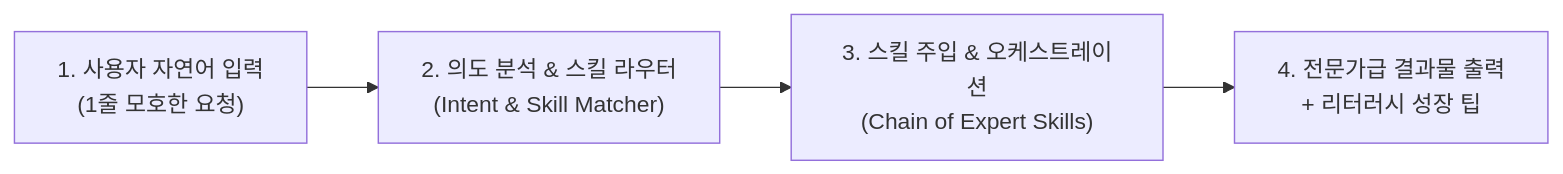
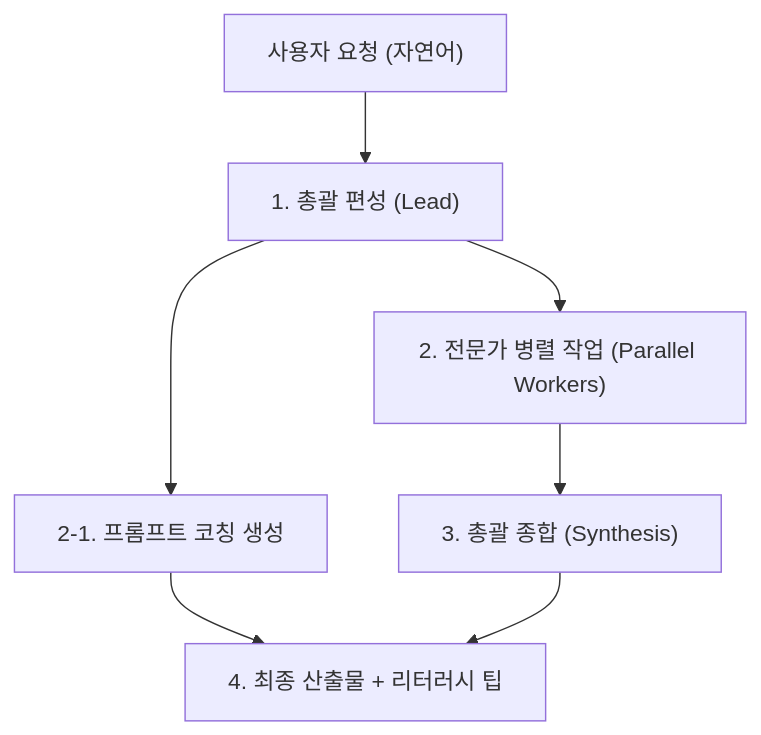
The diagram in docs/README.md (2Jaegon/SIDE_PJ), drawn with Mermaid before and after one commit. The commit also changed other lines of this file and 7 other files, not shown here.

First line of the commit message:
test(backend): Add pytest suite and refresh docs to the current architecture

````diff
--- a/docs/README.md
+++ b/docs/README.md
@@ -17,6 +11,9 @@
 ```mermaid
-flowchart LR
-    A["1. 사용자 자연어 입력\n(1줄 모호한 요청)"] --> B["2. 의도 분석 & 스킬 라우터\n(Intent & Skill Matcher)"]
-    B --> C["3. 스킬 주입 & 오케스트레이션\n(Chain of Expert Skills)"]
-    C --> D["4. 전문가급 결과물 출력\n+ 리터러시 성장 팁"]
+flowchart TD
+    User["사용자 요청 (자연어)"] --> Lead["1. 총괄 편성 (Lead)"]
+    Lead --> Parallel["2. 전문가 병렬 작업 (Parallel Workers)"]
+    Lead --> Coach["2-1. 프롬프트 코칭 생성"]
+    Parallel --> Synthesis["3. 총괄 종합 (Synthesis)"]
+    Coach --> Final["4. 최종 산출물 + 리터러시 팁"]
+    Synthesis --> Final
 ```
````
